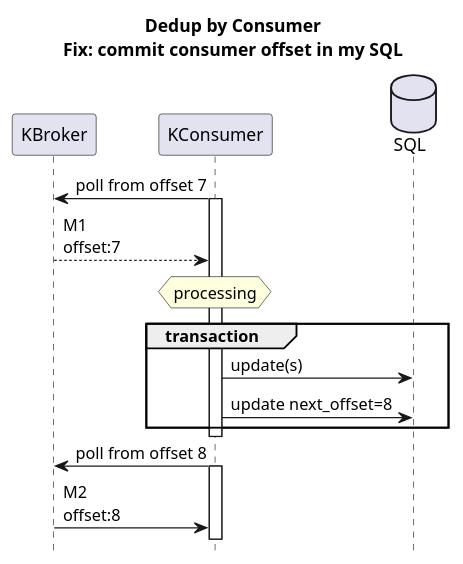
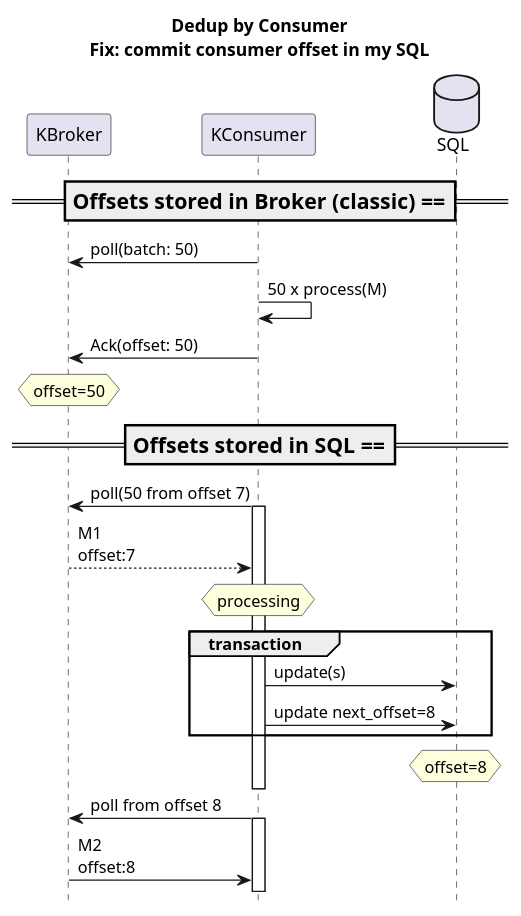
One commit to victorrentea/kafka changed the diagram in patterns/1_duplicates_c_[fix]kafka_commit_consumer_offset_in_sql.puml. Above: the diagram before and after it, drawn with PlantUML.

```diff
--- a/patterns/1_duplicates_c_[fix]kafka_commit_consumer_offset_in_sql.puml
+++ b/patterns/1_duplicates_c_[fix]kafka_commit_consumer_offset_in_sql.puml
@@ -1,19 +1,29 @@
 @startuml
 title Dedup by Consumer\nFix: commit consumer offset in my SQL
 hide footbox
 participant KBroker
 database SQL order 10
-KBroker<-KConsumer: poll from offset 7
+
+=== Offsets stored in Broker (classic) ====
+KBroker<-KConsumer: poll(batch: 50)
+KConsumer->KConsumer: 50 x process(M)
+KBroker<-KConsumer: Ack(offset: 50)
+hnote over KBroker: offset=50
+
+=== Offsets stored in SQL ====
+
+KBroker<-KConsumer: poll(50 from offset 7)
 KConsumer++
 
 KBroker-->KConsumer: M1\noffset:7
 hnote over KConsumer: processing
 group transaction
 KConsumer->SQL: update(s)
 KConsumer->SQL: update next_offset=8
 end
+hnote over SQL: offset=8
 KConsumer--
 KBroker<-KConsumer: poll from offset 8
 KConsumer++
 KBroker->KConsumer: M2\noffset:8
 @enduml
```
